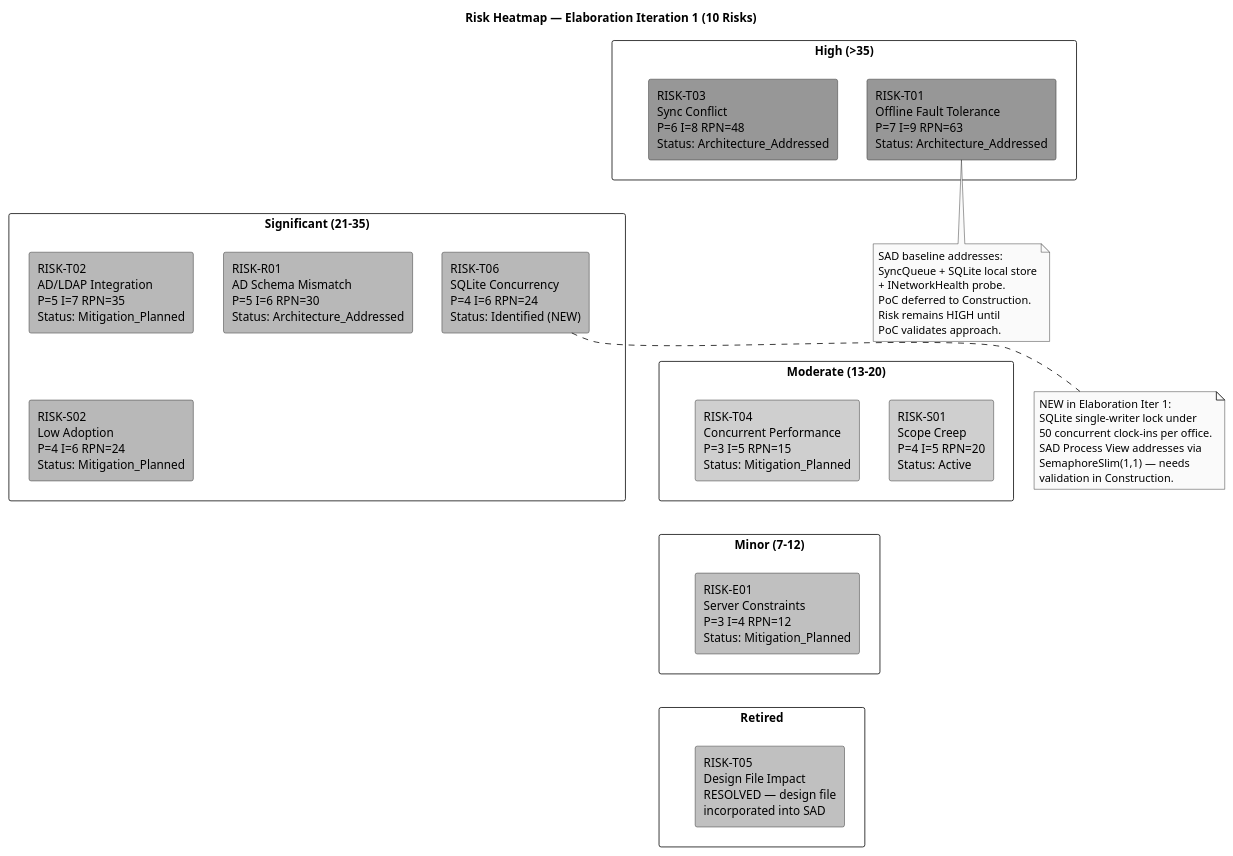
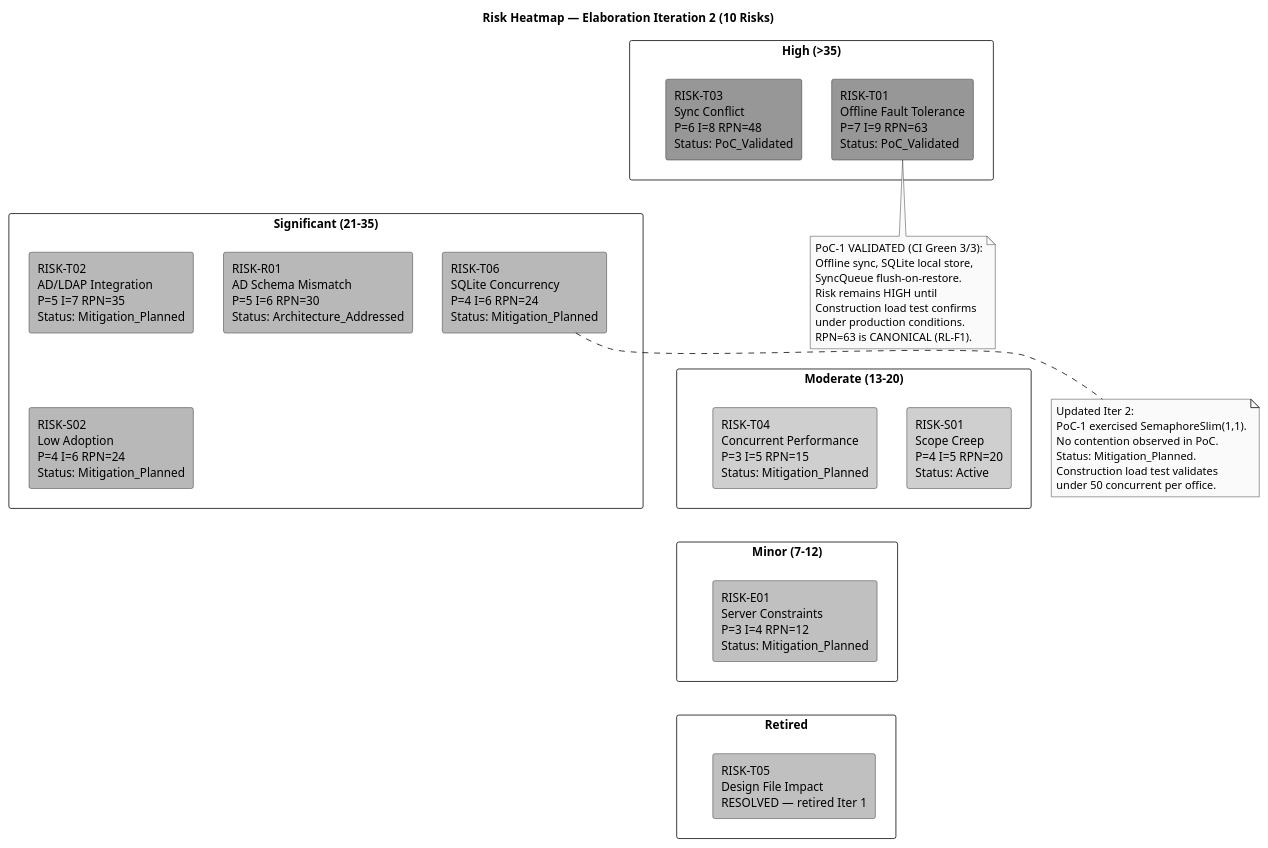
One commit to banense-test/demo-janke-lab changed the third of 5 diagrams in docs/artifacts/project-management/risk-list.md. Above: the diagram before and after it, drawn with PlantUML. The commit also changed other lines of this file, not shown here.

First line of the commit message:
Project Manager [E2]: upsert Risk List

````diff
--- a/docs/artifacts/project-management/risk-list.md
+++ b/docs/artifacts/project-management/risk-list.md
@@ -112,55 +187,56 @@
 ```plantuml
 @startuml
-title Risk Heatmap — Elaboration Iteration 1 (10 Risks)
+title Risk Heatmap — Elaboration Iteration 2 (10 Risks)
 
 skinparam monochrome true
 
 rectangle "High (>35)" as High {
-  rectangle "RISK-T01\nOffline Fault Tolerance\nP=7 I=9 RPN=63\nStatus: Architecture_Addressed" as T01 #FF6B6B
-  rectangle "RISK-T03\nSync Conflict\nP=6 I=8 RPN=48\nStatus: Architecture_Addressed" as T03 #FF6B6B
+  rectangle "RISK-T01\nOffline Fault Tolerance\nP=7 I=9 RPN=63\nStatus: PoC_Validated" as T01 #FF6B6B
+  rectangle "RISK-T03\nSync Conflict\nP=6 I=8 RPN=48\nStatus: PoC_Validated" as T03 #FF6B6B
 }
 
 rectangle "Significant (21-35)" as Sig {
   rectangle "RISK-T02\nAD/LDAP Integration\nP=5 I=7 RPN=35\nStatus: Mitigation_Planned" as T02 #FFA94D
   rectangle "RISK-R01\nAD Schema Mismatch\nP=5 I=6 RPN=30\nStatus: Architecture_Addressed" as R01 #FFA94D
   rectangle "RISK-S02\nLow Adoption\nP=4 I=6 RPN=24\nStatus: Mitigation_Planned" as S02 #FFA94D
-  rectangle "RISK-T06\nSQLite Concurrency\nP=4 I=6 RPN=24\nStatus: Identified (NEW)" as T06 #FFA94D
+  rectangle "RISK-T06\nSQLite Concurrency\nP=4 I=6 RPN=24\nStatus: Mitigation_Planned" as T06 #FFA94D
 }
 
 rectangle "Moderate (13-20)" as Mod {
   rectangle "RISK-S01\nScope Creep\nP=4 I=5 RPN=20\nStatus: Active" as S01 #FFD43B
   rectangle "RISK-T04\nConcurrent Performance\nP=3 I=5 RPN=15\nStatus: Mitigation_Planned" as T04 #FFD43B
 }
 
 rectangle "Minor (7-12)" as Min {
   rectangle "RISK-E01\nServer Constraints\nP=3 I=4 RPN=12\nStatus: Mitigation_Planned" as E01 #A9E34B
 }
 
 rectangle "Retired" as Ret {
-  rectangle "RISK-T05\nDesign File Impact\nRESOLVED — design file\nincorporated into SAD" as T05 #C0C0C0
+  rectangle "RISK-T05\nDesign File Impact\nRESOLVED — retired Iter 1" as T05 #C0C0C0
 }
 
 High -[hidden]-> Sig
 Sig -[hidden]-> Mod
 Mod -[hidden]-> Min
 Min -[hidden]-> Ret
 
 note bottom of T01
-  SAD baseline addresses:
-  SyncQueue + SQLite local store
-  + INetworkHealth probe.
-  PoC deferred to Construction.
+  PoC-1 VALIDATED (CI Green 3/3):
+  Offline sync, SQLite local store,
+  SyncQueue flush-on-restore.
   Risk remains HIGH until
-  PoC validates approach.
+  Construction load test confirms
+  under production conditions.
+  RPN=63 is CANONICAL (RL-F1).
 end note
 
 note bottom of T06
-  NEW in Elaboration Iter 1:
-  SQLite single-writer lock under
-  50 concurrent clock-ins per office.
-  SAD Process View addresses via
-  SemaphoreSlim(1,1) — needs
-  validation in Construction.
+  Updated Iter 2:
+  PoC-1 exercised SemaphoreSlim(1,1).
+  No contention observed in PoC.
+  Status: Mitigation_Planned.
+  Construction load test validates
+  under 50 concurrent per office.
 end note
 @enduml
 ```
````
